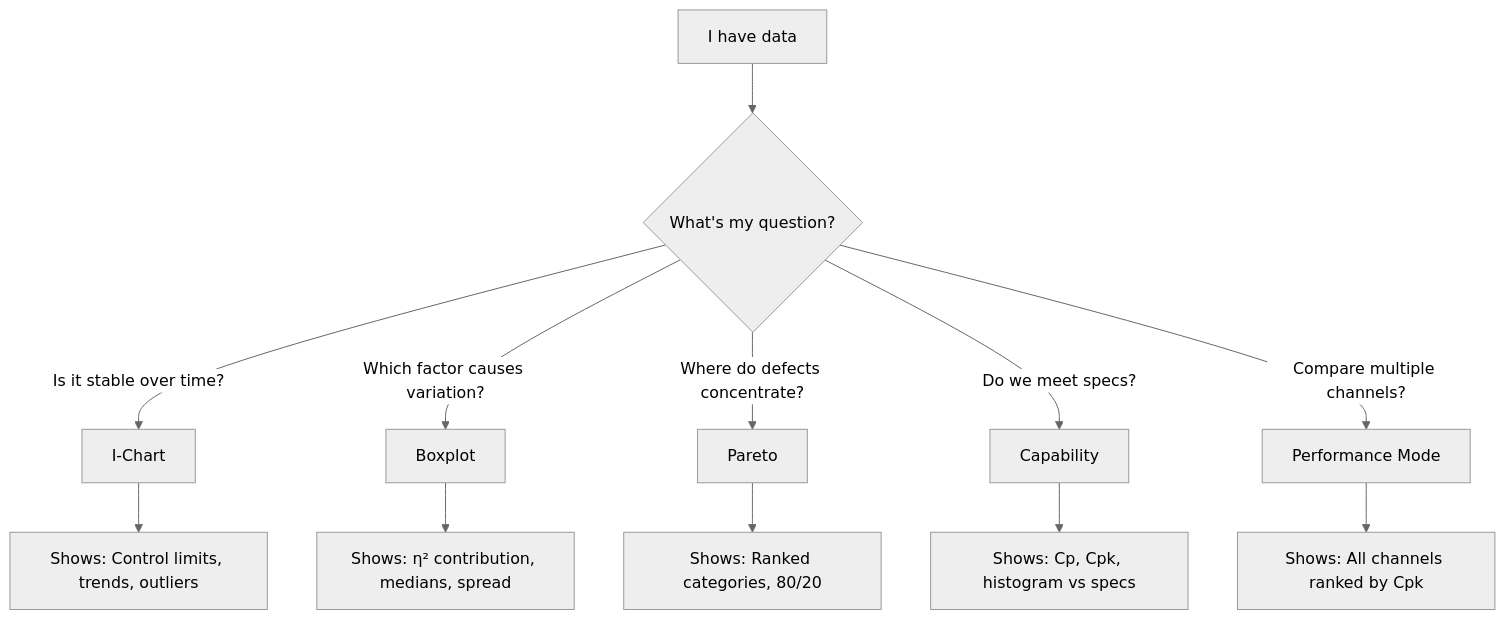
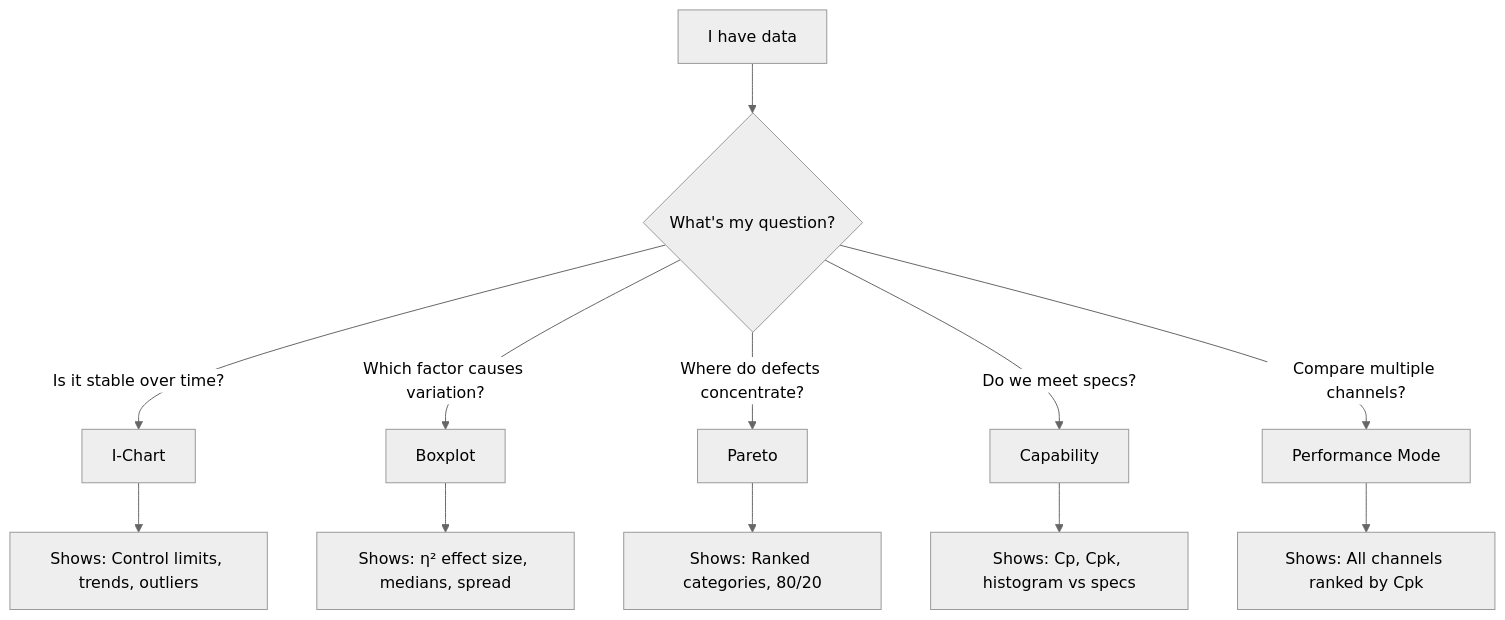
One commit to jukka-matti/variscout changed the first of 7 diagrams in docs/03-features/workflows/decision-trees.md. Above: the diagram before and after it, drawn with Mermaid (neutral theme). The commit also changed 7 other files, not shown here.

````diff
--- a/docs/03-features/workflows/decision-trees.md
+++ b/docs/03-features/workflows/decision-trees.md
@@ -16,16 +16,16 @@
 ```mermaid
 flowchart TD
     A[I have data] --> B{What's my question?}
 
     B -->|"Is it stable over time?"| C[I-Chart]
     B -->|"Which factor causes variation?"| D[Boxplot]
     B -->|"Where do defects concentrate?"| E[Pareto]
     B -->|"Do we meet specs?"| F[Capability]
     B -->|"Compare multiple channels?"| I[Performance Mode]
 
     C --> C1["Shows: Control limits, trends, outliers"]
-    D --> D1["Shows: η² contribution, medians, spread"]
+    D --> D1["Shows: η² effect size, medians, spread"]
     E --> E1["Shows: Ranked categories, 80/20"]
     F --> F1["Shows: Cp, Cpk, histogram vs specs"]
     I --> I1["Shows: All channels ranked by Cpk"]
 ```
````
